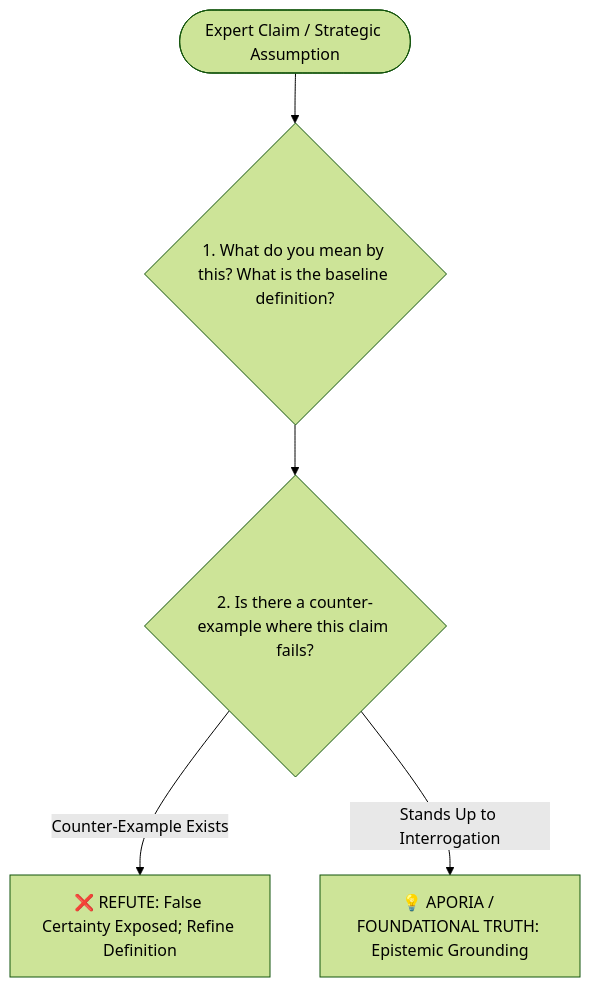
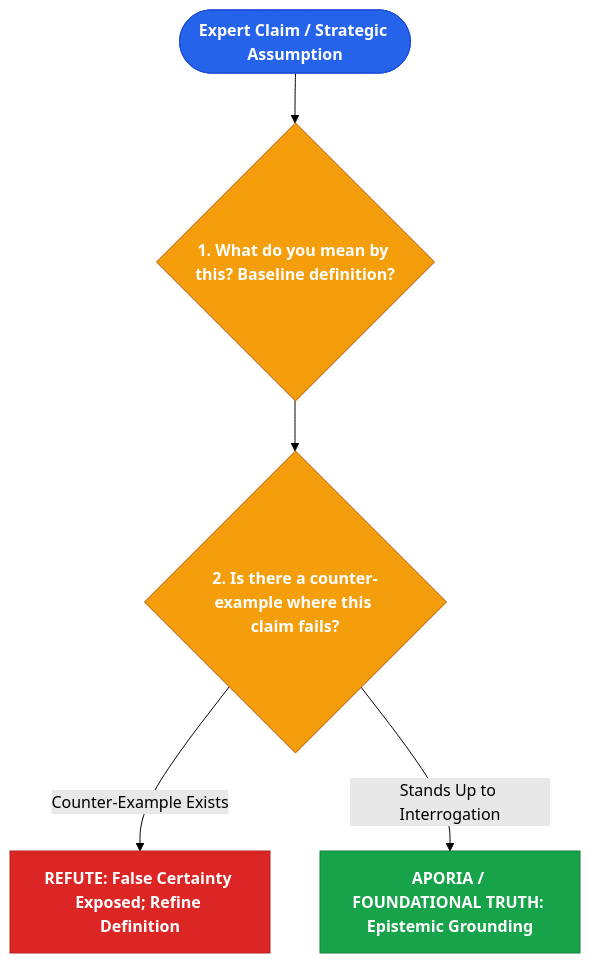
One commit to DOTfei/borrowed-brain-pro changed the diagram in profiles/socrates.md. Above: the diagram before and after it, drawn with Mermaid (forest theme). The commit also changed 12 other files, not shown here.

````diff
--- a/profiles/socrates.md
+++ b/profiles/socrates.md
@@ -17,9 +17,15 @@
 ```mermaid
 flowchart TD
-    Claim(["Expert Claim / Strategic Assumption"]) --> SocraticQuestion{"1. What do you mean by this? What is the baseline definition?"}
-    
-    SocraticQuestion --> TestCounter{"2. Is there a counter-example where this claim fails?"}
-    
-    TestCounter -->|Counter-Example Exists| Refute["❌ REFUTE: False Certainty Exposed; Refine Definition"]
-    TestCounter -->|Stands Up to Interrogation| Aporia["💡 APORIA / FOUNDATIONAL TRUTH: Epistemic Grounding"]
+    Start(["Expert Claim / Strategic Assumption"]):::start --> Q1{"1. What do you mean by this? Baseline definition?"}:::decision
+
+    Q1 --> Q2{"2. Is there a counter-example where this claim fails?"}:::decision
+
+    Q2 -->|Counter-Example Exists| R1["REFUTE: False Certainty Exposed; Refine Definition"]:::danger
+    Q2 -->|Stands Up to Interrogation| E1["APORIA / FOUNDATIONAL TRUTH: Epistemic Grounding"]:::success
+    classDef start fill:#2563eb,stroke:#1d4ed8,color:#ffffff,font-weight:bold
+    classDef decision fill:#f59e0b,stroke:#b45309,color:#ffffff,font-weight:bold
+    classDef success fill:#16a34a,stroke:#15803d,color:#ffffff,font-weight:bold
+    classDef danger fill:#dc2626,stroke:#b91c1c,color:#ffffff,font-weight:bold
+    classDef warning fill:#ea580c,stroke:#c2410c,color:#ffffff,font-weight:bold
+    classDef action fill:#64748b,stroke:#475569,color:#ffffff,font-weight:bold
 ```
````
